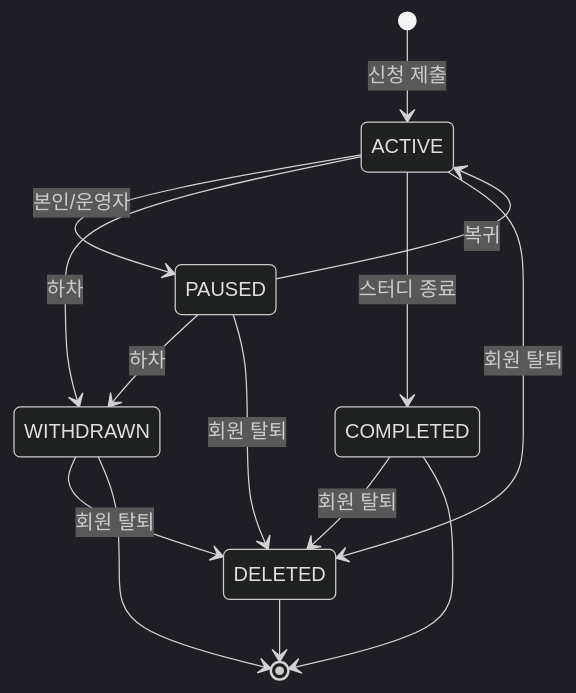
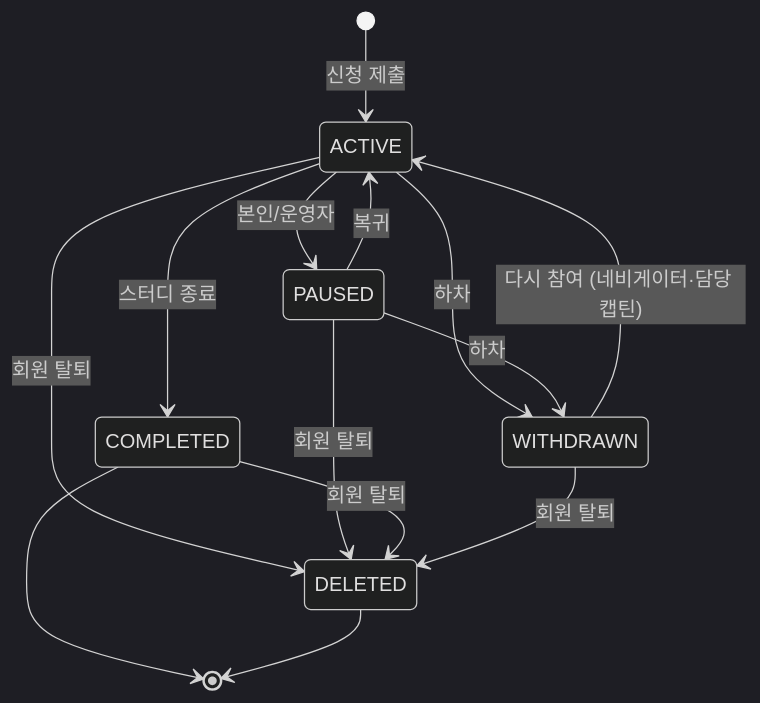
The diagram in docs/erd/STUDY_PARTICIPANT.md (StudyClub-PlusPlus/studyclub-engineering), drawn with Mermaid (dark theme) before and after one commit. The commit also changed other lines of this file and 12 other files, not shown here.

````diff
--- a/docs/erd/STUDY_PARTICIPANT.md
+++ b/docs/erd/STUDY_PARTICIPANT.md
@@ -33,16 +33,16 @@
 ```mermaid
 stateDiagram-v2
   [*] --> ACTIVE : 신청 제출
   ACTIVE --> PAUSED : 본인/운영자
   PAUSED --> ACTIVE : 복귀
   ACTIVE --> WITHDRAWN : 하차
   PAUSED --> WITHDRAWN : 하차
+  WITHDRAWN --> ACTIVE : 다시 참여 (네비게이터·담당 캡틴)
   ACTIVE --> COMPLETED : 스터디 종료
   ACTIVE --> DELETED : 회원 탈퇴
   PAUSED --> DELETED : 회원 탈퇴
   COMPLETED --> DELETED : 회원 탈퇴
   WITHDRAWN --> DELETED : 회원 탈퇴
-  WITHDRAWN --> [*]
   COMPLETED --> [*]
   DELETED --> [*]
 ```
````
